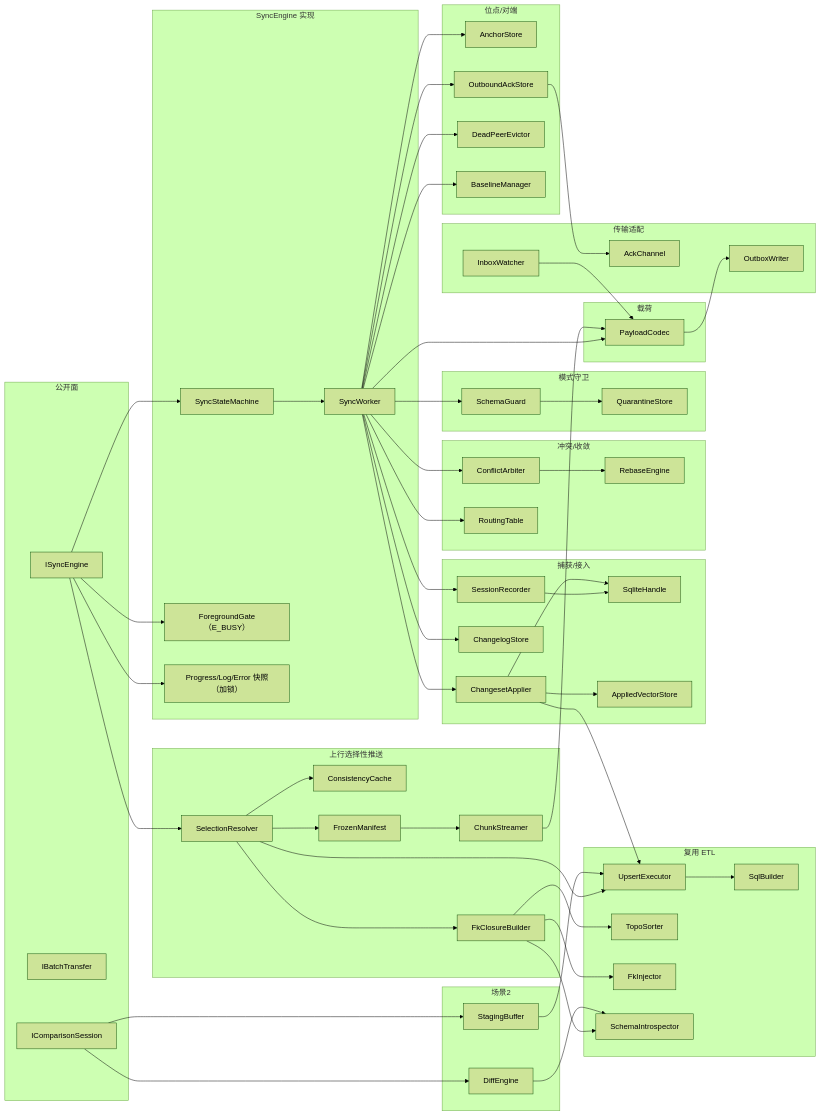
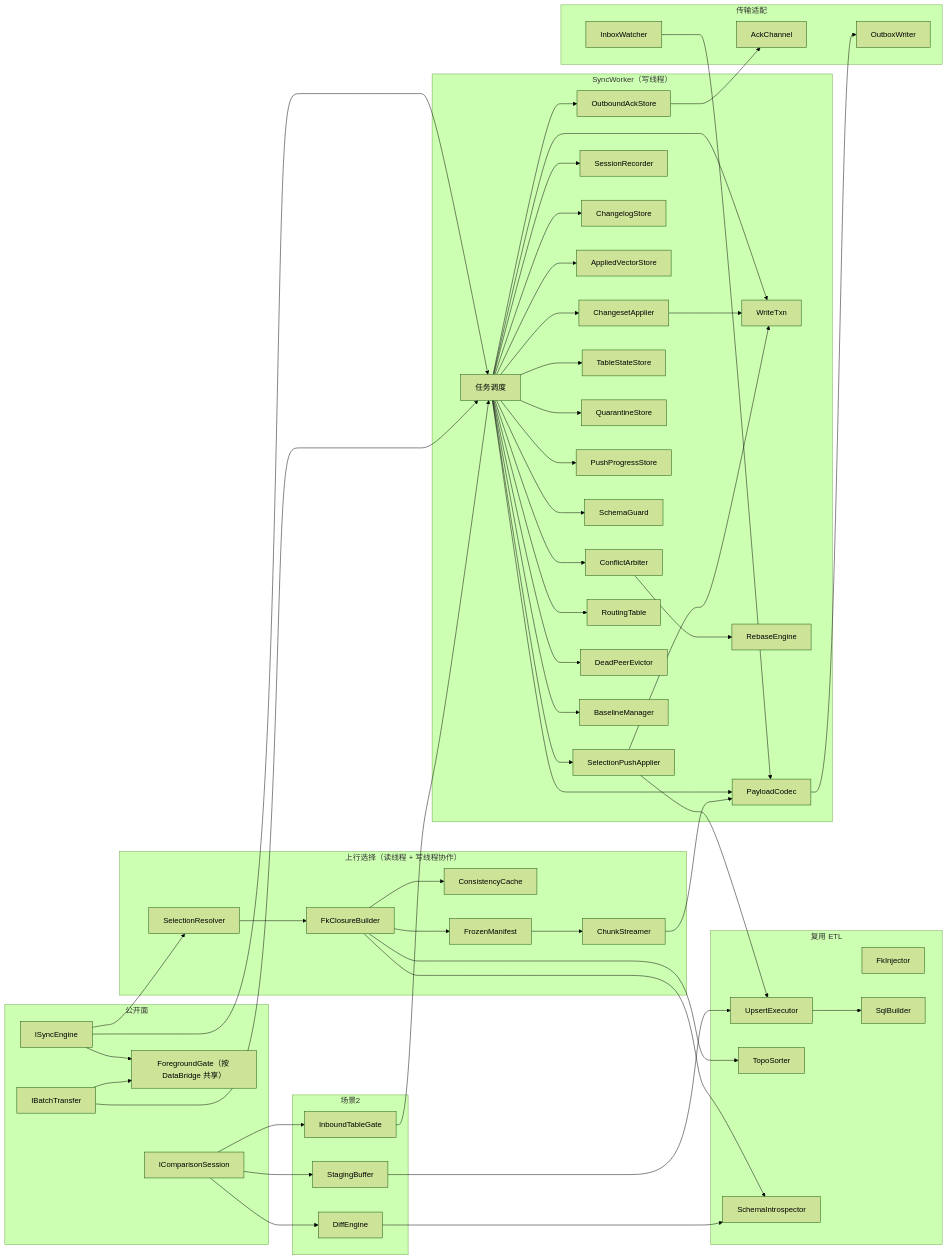
Before and after one commit to 055liufl/excelproject: the third of 12 diagrams in specs/SQLite-同步工具-设计文档.md, drawn with Mermaid (forest theme). The commit also changed other lines of this file, not shown here.

````diff
--- a/specs/SQLite-同步工具-设计文档.md
+++ b/specs/SQLite-同步工具-设计文档.md
@@ -177,64 +203,45 @@
         SE["ISyncEngine"]
         BT["IBatchTransfer"]
         CS["IComparisonSession"]
+        FG["ForegroundGate（按 DataBridge 共享）"]
     end
-
-    subgraph Engine["SyncEngine 实现"]
-        SM["SyncStateMachine"]
-        WK["SyncWorker"]
-        FG["ForegroundGate（E_BUSY）"]
-        OBS["Progress/Log/Error 快照（加锁）"]
-    end
-
-    subgraph Capture["捕获/接入"]
-        H["SqliteHandle"]
+    subgraph Worker["SyncWorker（写线程）"]
+        WK["任务调度"]
+        WT["WriteTxn"]
+        A1["ChangesetApplier"]
+        A2["SelectionPushApplier"]
         REC["SessionRecorder"]
         CLOG["ChangelogStore"]
-        APP["ChangesetApplier"]
         AV["AppliedVectorStore"]
-    end
-
-    subgraph Conflict["冲突/收敛"]
+        OA["OutboundAckStore"]
+        TSt["TableStateStore"]
+        QS["QuarantineStore"]
+        PP["PushProgressStore"]
+        SG["SchemaGuard"]
         ARB["ConflictArbiter"]
         RB["RebaseEngine"]
         RT["RoutingTable"]
-    end
-
-    subgraph Anchor["位点/对端"]
-        AN["AnchorStore"]
-        OA["OutboundAckStore"]
         EV["DeadPeerEvictor"]
         BL["BaselineManager"]
+        PC["PayloadCodec"]
     end
-
-    subgraph Sel["上行选择性推送"]
+    subgraph Sel["上行选择（读线程 + 写线程协作）"]
         SR["SelectionResolver"]
         FCB["FkClosureBuilder"]
         CCA["ConsistencyCache"]
         FM["FrozenManifest"]
         CHS["ChunkStreamer"]
     end
-
-    subgraph Schema["模式守卫"]
-        SG["SchemaGuard"]
-        QS["QuarantineStore"]
-    end
-
     subgraph Trans["传输适配"]
         OUT["OutboxWriter"]
         INB["InboxWatcher"]
         ACK["AckChannel"]
     end
-
-    subgraph Payload["载荷"]
-        PC["PayloadCodec"]
-    end
-
     subgraph Diff["场景2"]
+        GATE["InboundTableGate"]
         DE["DiffEngine"]
         STG["StagingBuffer"]
     end
-
     subgraph Reuse["复用 ETL"]
         UX["UpsertExecutor"]
         TS["TopoSorter"]
@@ -243,33 +250,39 @@
         SB["SqlBuilder"]
     end
 
-    SE --> SM --> WK
     SE --> FG
-    SE --> OBS
+    BT --> FG
+    SE --> WK
+    BT --> WK
     SE --> SR
-    WK --> REC --> H
+    WK --> WT
+    A1 --> WT
+    A2 --> WT
+    A2 --> UX --> SB
+    WK --> A1
+    WK --> A2
+    WK --> REC
     WK --> CLOG
-    WK --> APP --> H
-    APP --> AV
-    APP --> UX
+    WK --> AV
+    WK --> OA
+    WK --> TSt
+    WK --> QS
+    WK --> PP
+    WK --> SG
     WK --> ARB --> RB
     WK --> RT
-    WK --> AN
-    WK --> OA
     WK --> EV
     WK --> BL
-    WK --> SG --> QS
     WK --> PC
+    SR --> FCB
+    FCB --> SI
+    FCB --> TS
+    FCB --> CCA
+    FCB --> FM --> CHS --> PC
     PC --> OUT
     INB --> PC
     OA --> ACK
-    SR --> FCB --> SI
-    FCB --> TS
-    SR --> CCA
-    SR --> FM --> CHS --> PC
-    SR --> UX
+    CS --> GATE --> WK
     CS --> DE --> SI
     CS --> STG --> UX
-    UX --> SB
-    FCB --> FK
 ```
````
